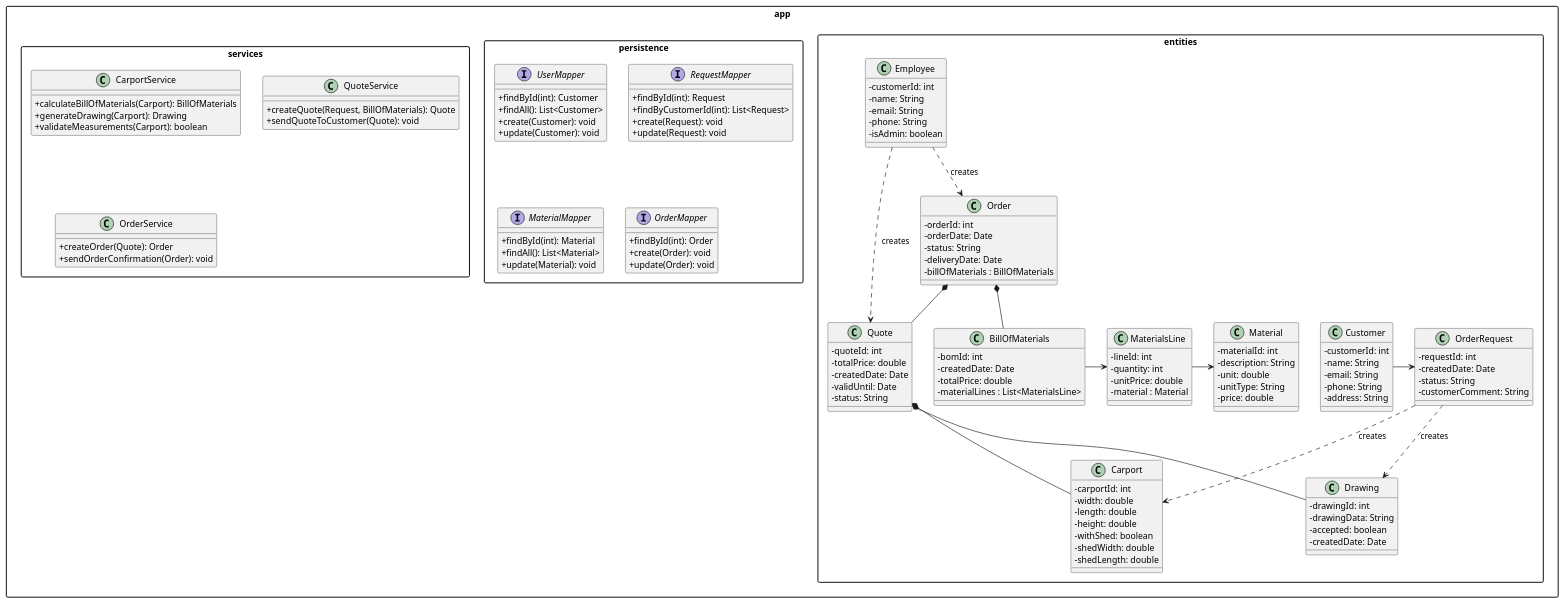
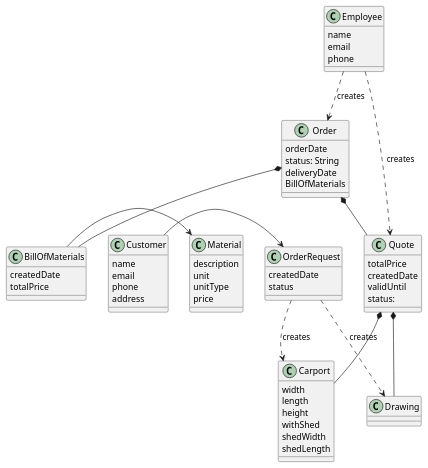
One commit to Obliwobbi/FogCarport changed the diagram in docs/domain-model.puml. Above: the diagram before and after it, drawn with PlantUML. The commit also changed 2 other files, not shown here.

Commit message:
edited domain model and started classdiagram

```diff
--- a/docs/domain-model.puml
+++ b/docs/domain-model.puml
@@ -1,145 +1,78 @@
 @startuml Domain Model
 skinparam classAttributeIconSize 0
 skinparam packageStyle rectangle
 
-package "app.entities" {
     class Customer {
-        - customerId: int
-        - name: String
-        - email: String
-        - phone: String
-        - address: String
+
+        name
+        email
+        phone
+        address
     }
 
     class Employee {
-            - customerId: int
-            - name: String
-            - email: String
-            - phone: String
-            - isAdmin: boolean
+            name
+            email
+            phone
     }
 
     class OrderRequest {
-        - requestId: int
-        - createdDate: Date
-        - status: String
-        - customerComment: String
+      createdDate
+      status
+
     }
 
     class Carport {
-        - carportId: int
-        - width: double
-        - length: double
-        - height: double
-        - withShed: boolean
-        - shedWidth: double
-        - shedLength: double
+        width
+        length
+        height
+        withShed
+        shedWidth
+        shedLength
     }
 
     class Drawing {
-        - drawingId: int
-        - drawingData: String
-        - accepted: boolean
-        - createdDate: Date
+
     }
 
     class Quote {
-        - quoteId: int
-        - totalPrice: double
-        - createdDate: Date
-        - validUntil: Date
-        - status: String
+         totalPrice
+         createdDate
+         validUntil
+         status:
     }
 
     class Order {
-        - orderId: int
-        - orderDate: Date
-        - status: String
-        - deliveryDate: Date
-        - billOfMaterials : BillOfMaterials
+        orderDate
+        status: String
+        deliveryDate
+        BillOfMaterials
     }
 
     class BillOfMaterials {
-        - bomId: int
-        - createdDate: Date
-        - totalPrice: double
-        - materialLines : List<MaterialsLine>
-    }
-
-    class MaterialsLine {
-        - lineId: int
-        - quantity: int
-        - unitPrice: double
-        - material : Material
+        createdDate
+        totalPrice
     }
 
     class Material {
-        - materialId: int
-        - description: String
-        - unit: double
-        - unitType: String
-        - price: double
-    }
-}
-
-package "app.persistence" {
-    interface UserMapper {
-        + findById(int): Customer
-        + findAll(): List<Customer>
-        + create(Customer): void
-        + update(Customer): void
+       description
+       unit
+       unitType
+       price
     }
 
-    interface RequestMapper {
-        + findById(int): Request
-        + findByCustomerId(int): List<Request>
-        + create(Request): void
-        + update(Request): void
-    }
-
-    interface MaterialMapper {
-        + findById(int): Material
-        + findAll(): List<Material>
-        + update(Material): void
-    }
-
-    interface OrderMapper {
-        + findById(int): Order
-        + create(Order): void
-        + update(Order): void
-    }
-}
-
-package "app.services" {
-    class CarportService {
-        + calculateBillOfMaterials(Carport): BillOfMaterials
-        + generateDrawing(Carport): Drawing
-        + validateMeasurements(Carport): boolean
-    }
-
-    class QuoteService {
-        + createQuote(Request, BillOfMaterials): Quote
-        + sendQuoteToCustomer(Quote): void
-    }
-
-    class OrderService {
-        + createOrder(Quote): Order
-        + sendOrderConfirmation(Order): void
-    }
-}
 
 Customer -> OrderRequest
 OrderRequest ..> Drawing : creates
 OrderRequest ..> Carport : creates
 
-BillOfMaterials -> MaterialsLine
-MaterialsLine -> Material
+BillOfMaterials -> Material
 
 Employee ..> Quote : creates
 Employee ..> Order : creates
 
 Order *-- Quote
 Order *-- BillOfMaterials
 Quote *-- Drawing
 Quote *-- Carport
 @enduml
```
